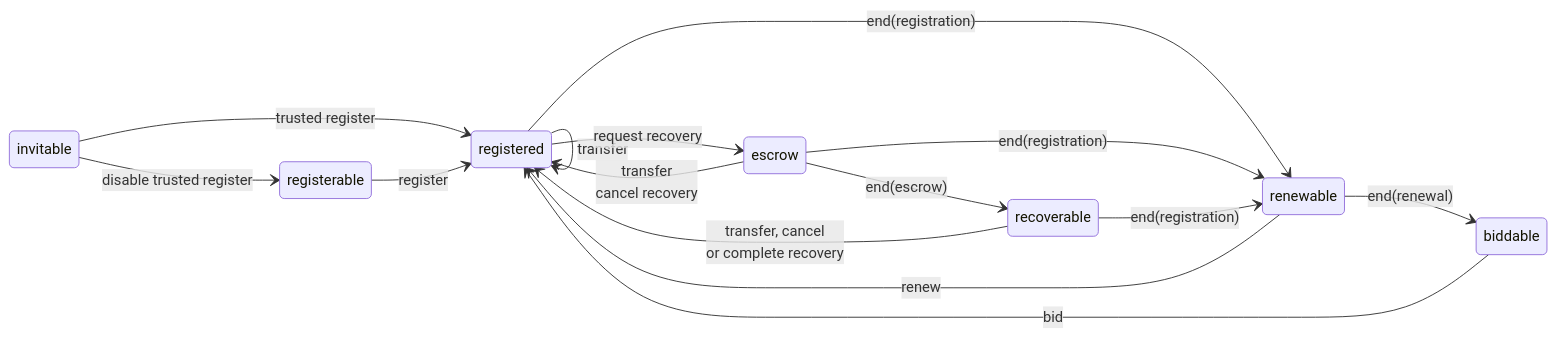
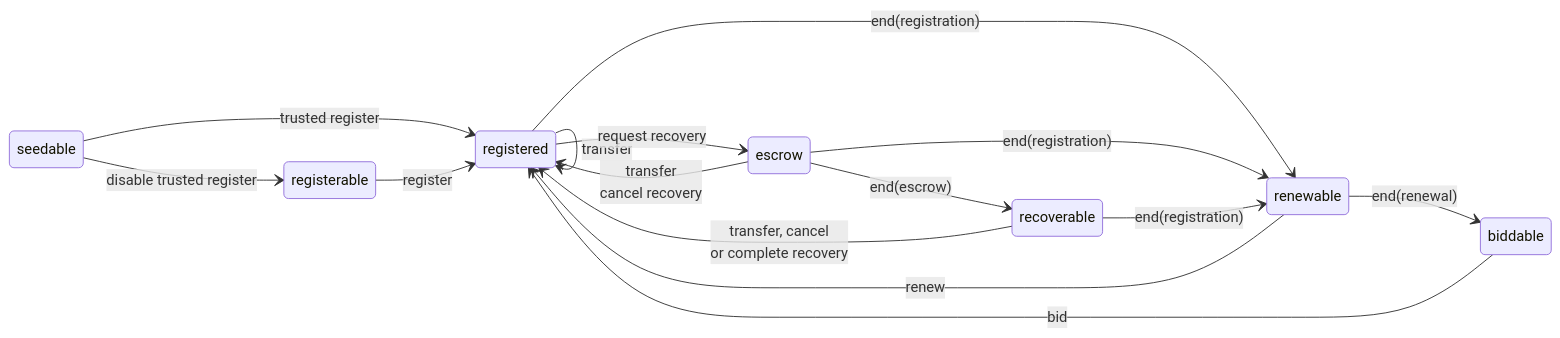
One commit to farcasterxyz/contracts changed the second of 2 diagrams in docs/docs.md. Above: the diagram before and after it, drawn with Mermaid. The commit also changed other lines of this file and 10 other files, not shown here.

````diff
--- a/docs/docs.md
+++ b/docs/docs.md
@@ -84,18 +84,18 @@
 ```mermaid
     stateDiagram-v2
         direction LR
-        invitable --> registerable: disable trusted register
-        invitable --> registered: trusted register
+        seedable --> registerable: disable trusted register
+        seedable --> registered: trusted register
         registerable --> registered: register
         registered --> renewable: end(registration)
         renewable --> biddable: end(renewal)
         biddable --> registered: bid
         registered --> registered: transfer
         registered --> escrow: request recovery
         escrow --> recoverable: end(escrow)
         escrow --> renewable: end(registration)
         recoverable --> registered: transfer, cancel <br>  or complete recovery
         recoverable --> renewable: end(registration)
         renewable --> registered: renew
         escrow --> registered: transfer <br> cancel recovery
 ```
````
